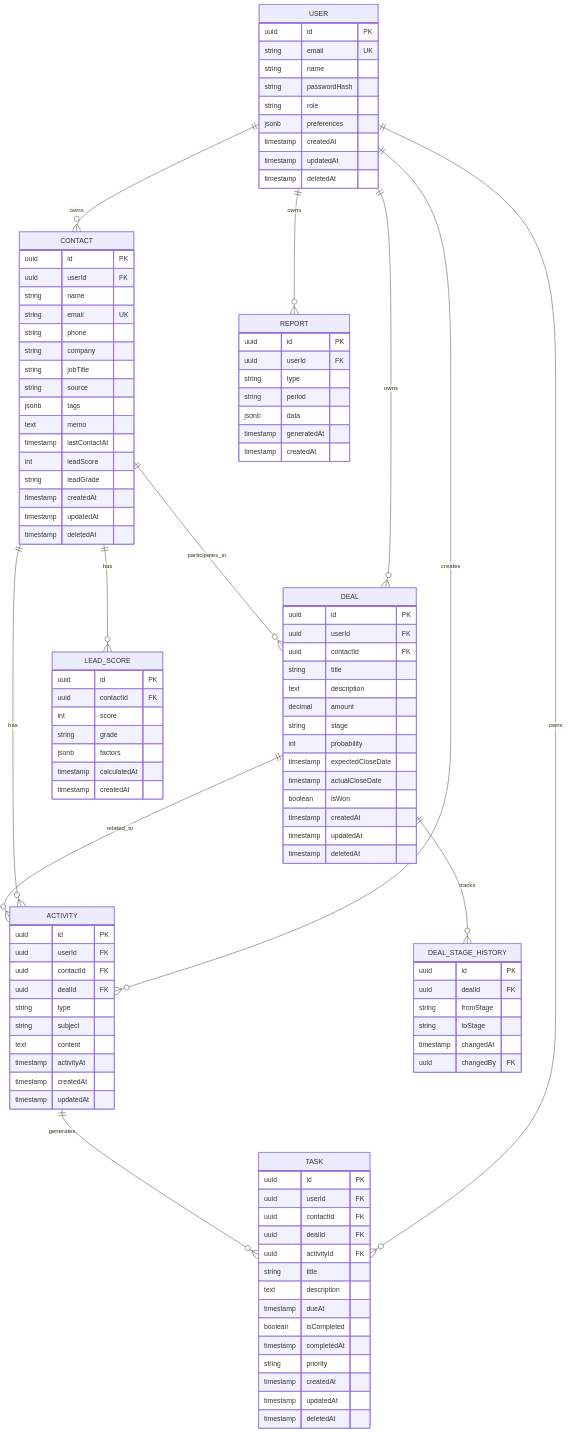
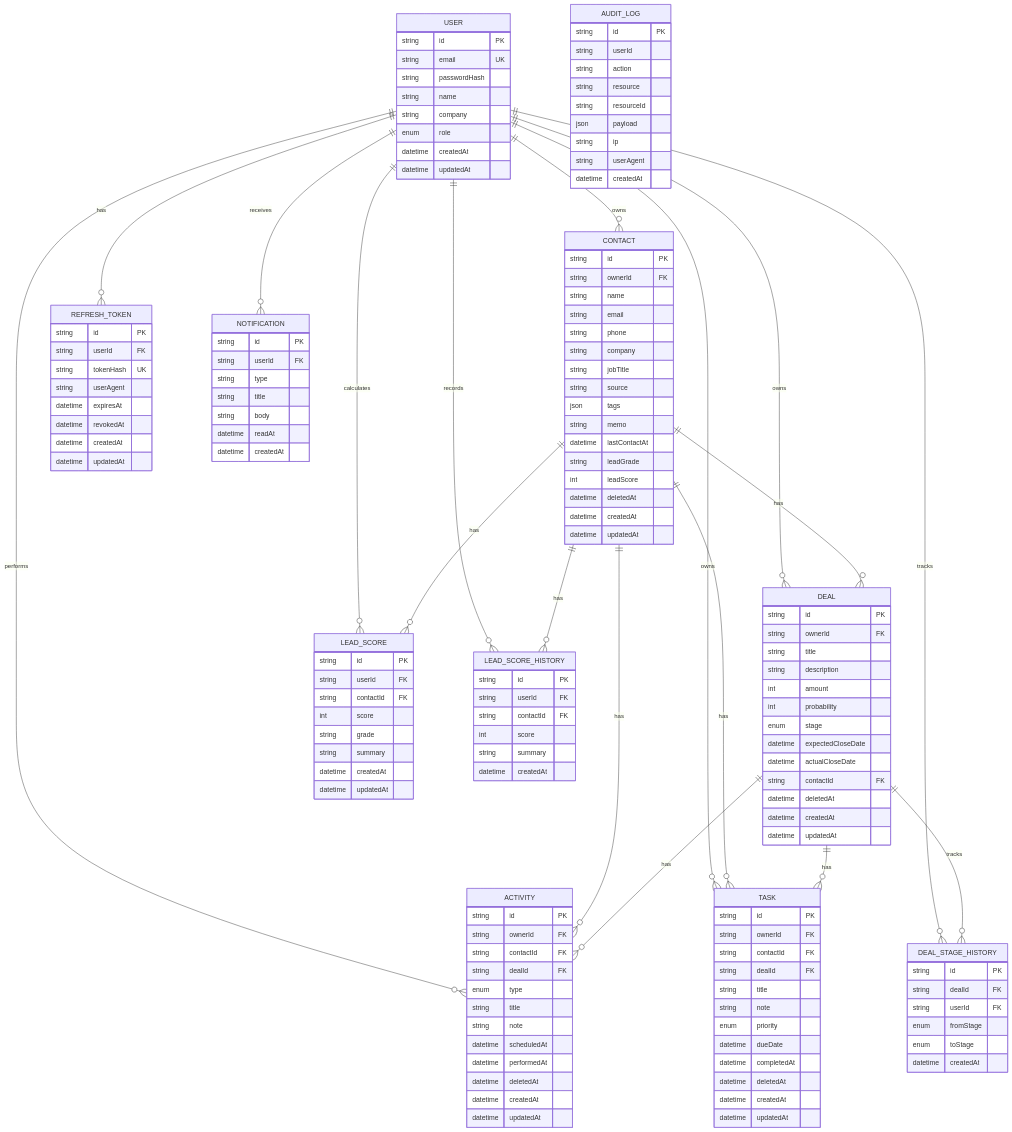
The diagram in crm/docs/02-시스템설계/데이터베이스설계서.md (younghai/vive-md), drawn with Mermaid before and after one commit. The commit also changed other lines of this file and 382 other files, not shown here.

````diff
--- a/crm/docs/02-시스템설계/데이터베이스설계서.md
+++ b/crm/docs/02-시스템설계/데이터베이스설계서.md
@@ -47,123 +48,159 @@
 erDiagram
     USER ||--o{ CONTACT : owns
     USER ||--o{ DEAL : owns
-    USER ||--o{ ACTIVITY : creates
+    USER ||--o{ ACTIVITY : performs
     USER ||--o{ TASK : owns
-    USER ||--o{ REPORT : owns
+    USER ||--o{ LEAD_SCORE : calculates
+    USER ||--o{ LEAD_SCORE_HISTORY : records
+    USER ||--o{ REFRESH_TOKEN : has
+    USER ||--o{ NOTIFICATION : receives
+    USER ||--o{ DEAL_STAGE_HISTORY : tracks
     
-    CONTACT ||--o{ DEAL : participates_in
+    CONTACT ||--o{ DEAL : has
     CONTACT ||--o{ ACTIVITY : has
+    CONTACT ||--o{ TASK : has
     CONTACT ||--o{ LEAD_SCORE : has
+    CONTACT ||--o{ LEAD_SCORE_HISTORY : has
     
-    DEAL ||--o{ ACTIVITY : related_to
+    DEAL ||--o{ ACTIVITY : has
+    DEAL ||--o{ TASK : has
     DEAL ||--o{ DEAL_STAGE_HISTORY : tracks
     
-    ACTIVITY ||--o{ TASK : generates
-    
     USER {
-        uuid id PK
+        string id PK
         string email UK
+        string passwordHash
         string name
-        string passwordHash
-        string role
-        jsonb preferences
-        timestamp createdAt
-        timestamp updatedAt
-        timestamp deletedAt
+        string company
+        enum role
+        datetime createdAt
+        datetime updatedAt
     }
     
     CONTACT {
-        uuid id PK
-        uuid userId FK
+        string id PK
+        string ownerId FK
         string name
-        string email UK
+        string email
         string phone
         string company
         string jobTitle
         string source
-        jsonb tags
-        text memo
-        timestamp lastContactAt
+        json tags
+        string memo
+        datetime lastContactAt
+        string leadGrade
         int leadScore
-        string leadGrade
-        timestamp createdAt
-        timestamp updatedAt
-        timestamp deletedAt
+        datetime deletedAt
+        datetime createdAt
+        datetime updatedAt
     }
     
     DEAL {
-        uuid id PK
-        uuid userId FK
-        uuid contactId FK
+        string id PK
+        string ownerId FK
         string title
-        text description
-        decimal amount
-        string stage
+        string description
+        int amount
         int probability
-        timestamp expectedCloseDate
-        timestamp actualCloseDate
-        boolean isWon
-        timestamp createdAt
-        timestamp updatedAt
-        timestamp deletedAt
+        enum stage
+        datetime expectedCloseDate
+        datetime actualCloseDate
+        string contactId FK
+        datetime deletedAt
+        datetime createdAt
+        datetime updatedAt
     }
     
     ACTIVITY {
-        uuid id PK
-        uuid userId FK
-        uuid contactId FK
-        uuid dealId FK
-        string type
-        string subject
-        text content
-        timestamp activityAt
-        timestamp createdAt
-        timestamp updatedAt
+        string id PK
+        string ownerId FK
+        string contactId FK
+        string dealId FK
+        enum type
+        string title
+        string note
+        datetime scheduledAt
+        datetime performedAt
+        datetime deletedAt
+        datetime createdAt
+        datetime updatedAt
     }
     
     TASK {
-        uuid id PK
-        uuid userId FK
-        uuid contactId FK
-        uuid dealId FK
-        uuid activityId FK
+        string id PK
+        string ownerId FK
+        string contactId FK
+        string dealId FK
         string title
-        text description
-        timestamp dueAt
-        boolean isCompleted
-        timestamp completedAt
-        string priority
-        timestamp createdAt
-        timestamp updatedAt
-        timestamp deletedAt
+        string note
+        enum priority
+        datetime dueDate
+        datetime completedAt
+        datetime deletedAt
+        datetime createdAt
+        datetime updatedAt
     }
     
     LEAD_SCORE {
-        uuid id PK
-        uuid contactId FK
+        string id PK
+        string userId FK
+        string contactId FK
         int score
         string grade
-        jsonb factors
-        timestamp calculatedAt
-        timestamp createdAt
+        string summary
+        datetime createdAt
+        datetime updatedAt
+    }
+    
+    LEAD_SCORE_HISTORY {
+        string id PK
+        string userId FK
+        string contactId FK
+        int score
+        string summary
+        datetime createdAt
     }
     
     DEAL_STAGE_HISTORY {
-        uuid id PK
-        uuid dealId FK
-        string fromStage
-        string toStage
-        timestamp changedAt
-        uuid changedBy FK
+        string id PK
+        string dealId FK
+        string userId FK
+        enum fromStage
+        enum toStage
+        datetime createdAt
     }
     
-    REPORT {
-        uuid id PK
-        uuid userId FK
+    REFRESH_TOKEN {
+        string id PK
+        string userId FK
+        string tokenHash UK
+        string userAgent
+        datetime expiresAt
+        datetime revokedAt
+        datetime createdAt
+        datetime updatedAt
+    }
+    
+    NOTIFICATION {
+        string id PK
+        string userId FK
         string type
-        string period
-        jsonb data
-        timestamp generatedAt
-        timestamp createdAt
+        string title
+        string body
+        datetime readAt
+        datetime createdAt
+    }
+    
+    AUDIT_LOG {
+        string id PK
+        string userId
+        string action
+        string resource
+        string resourceId
+        json payload
+        string ip
+        string userAgent
+        datetime createdAt
     }
 ```
````
